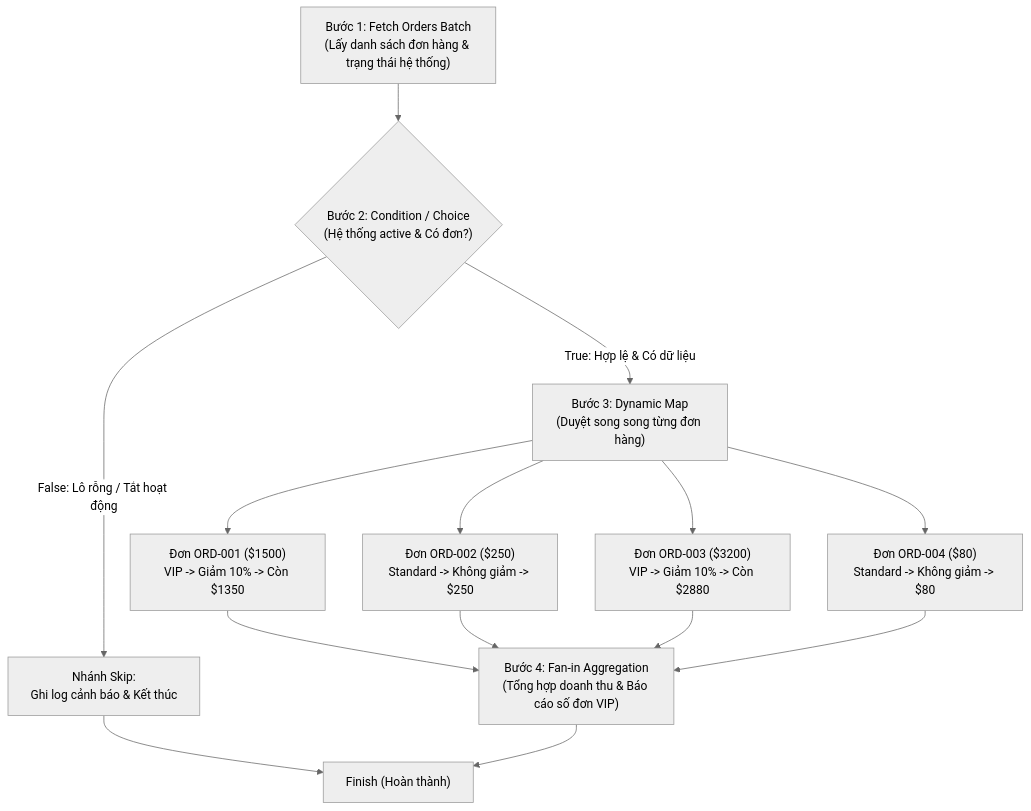
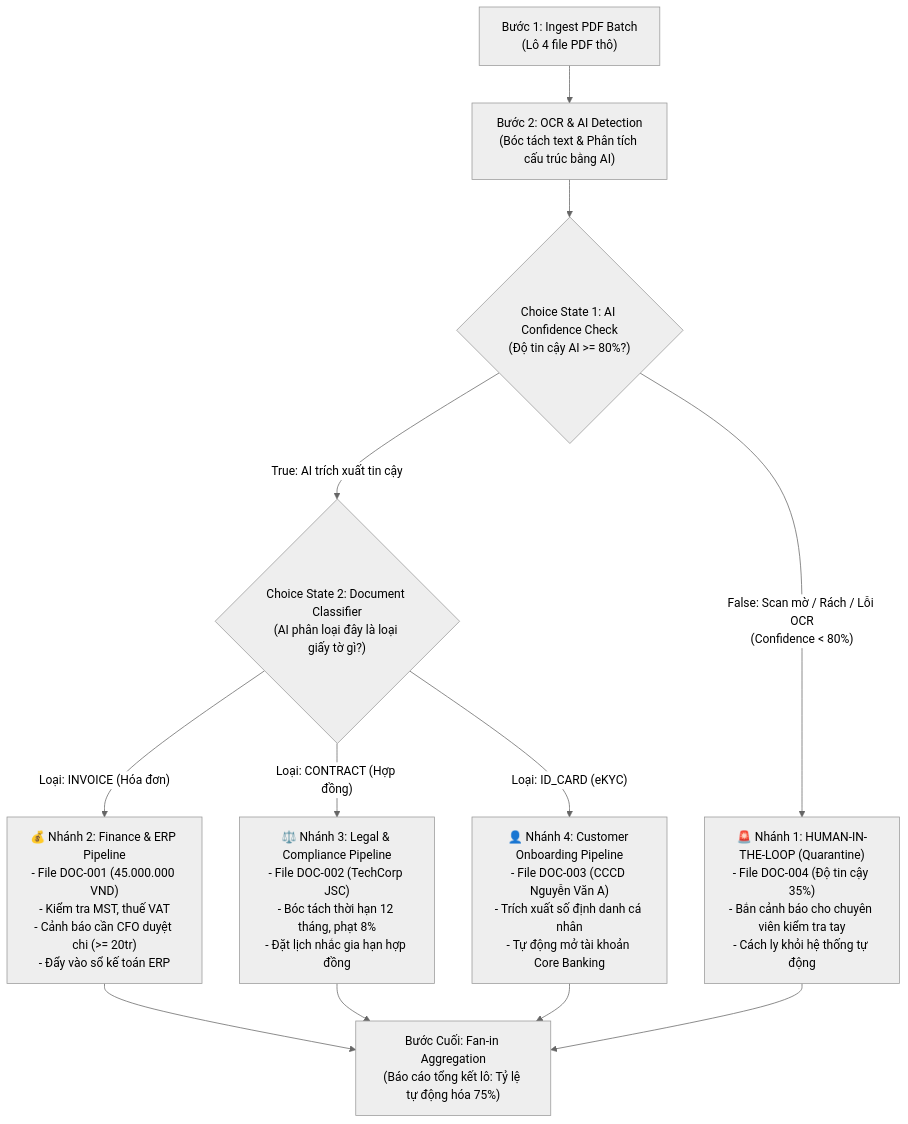
Before and after one commit to dangminhduchl/Airflow_Dagster: the diagram in DOCS_Y_TUONG_VA_CAC_BUOC_DU_AN.md, drawn with Mermaid (neutral theme). The commit also changed other lines of this file and 18 other files, not shown here.

Commit message:
refactor: migrate dagster demo from order processing to AI document classification pipeline

````diff
--- a/DOCS_Y_TUONG_VA_CAC_BUOC_DU_AN.md
+++ b/DOCS_Y_TUONG_VA_CAC_BUOC_DU_AN.md
@@ -26,20 +27,21 @@
 ```mermaid
 graph TD
-    A["Bước 1: Fetch Orders Batch<br/>(Lấy danh sách đơn hàng & trạng thái hệ thống)"] --> B{"Bước 2: Condition / Choice<br/>(Hệ thống active & Có đơn?)"}
+    A["Bước 1: Ingest PDF Batch<br/>(Lô 4 file PDF thô)"] --> B["Bước 2: OCR & AI Detection<br/>(Bóc tách text & Phân tích cấu trúc bằng AI)"]
     
-    B -- "False: Lô rỗng / Tắt hoạt động" --> C["Nhánh Skip:<br/>Ghi log cảnh báo & Kết thúc"]
-    B -- "True: Hợp lệ & Có dữ liệu" --> D["Bước 3: Dynamic Map<br/>(Duyệt song song từng đơn hàng)"]
+    B --> C{"Choice State 1: AI Confidence Check<br/>(Độ tin cậy AI >= 80%?)"}
     
-    D --> D1["Đơn ORD-001 ($1500)<br/>VIP -> Giảm 10% -> Còn $1350"]
-    D --> D2["Đơn ORD-002 ($250)<br/>Standard -> Không giảm -> $250"]
-    D --> D3["Đơn ORD-003 ($3200)<br/>VIP -> Giảm 10% -> Còn $2880"]
-    D --> D4["Đơn ORD-004 ($80)<br/>Standard -> Không giảm -> $80"]
+    C -- "False: Scan mờ / Rách / Lỗi OCR<br/>(Confidence < 80%)" --> D["🚨 Nhánh 1: HUMAN-IN-THE-LOOP (Quarantine)<br/>- File DOC-004 (Độ tin cậy 35%)<br/>- Bắn cảnh báo cho chuyên viên kiểm tra tay<br/>- Cách ly khỏi hệ thống tự động"]
     
-    D1 --> E["Bước 4: Fan-in Aggregation<br/>(Tổng hợp doanh thu & Báo cáo số đơn VIP)"]
-    D2 --> E
-    D3 --> E
-    D4 --> E
+    C -- "True: AI trích xuất tin cậy" --> E{"Choice State 2: Document Classifier<br/>(AI phân loại đây là loại giấy tờ gì?)"}
     
-    C --> F["Finish (Hoàn thành)"]
-    E --> F
+    E -- "Loại: INVOICE (Hóa đơn)" --> F["💰 Nhánh 2: Finance & ERP Pipeline<br/>- File DOC-001 (45.000.000 VND)<br/>- Kiểm tra MST, thuế VAT<br/>- Cảnh báo cần CFO duyệt chi (>= 20tr)<br/>- Đẩy vào sổ kế toán ERP"]
+    
+    E -- "Loại: CONTRACT (Hợp đồng)" --> G["⚖️ Nhánh 3: Legal & Compliance Pipeline<br/>- File DOC-002 (TechCorp JSC)<br/>- Bóc tách thời hạn 12 tháng, phạt 8%<br/>- Đặt lịch nhắc gia hạn hợp đồng"]
+    
+    E -- "Loại: ID_CARD (eKYC)" --> H["👤 Nhánh 4: Customer Onboarding Pipeline<br/>- File DOC-003 (CCCD Nguyễn Văn A)<br/>- Trích xuất số định danh cá nhân<br/>- Tự động mở tài khoản Core Banking"]
+    
+    F --> I["Bước Cuối: Fan-in Aggregation<br/>(Báo cáo tổng kết lô: Tỷ lệ tự động hóa 75%)"]
+    G --> I
+    H --> I
+    D --> I
 ```
````
